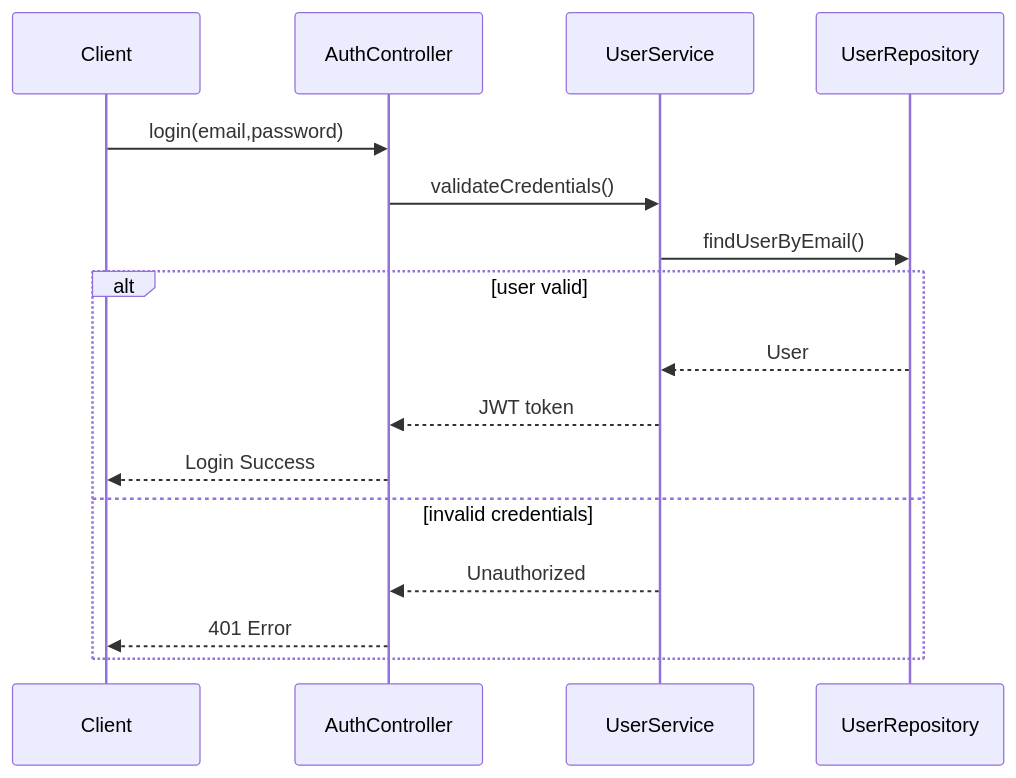
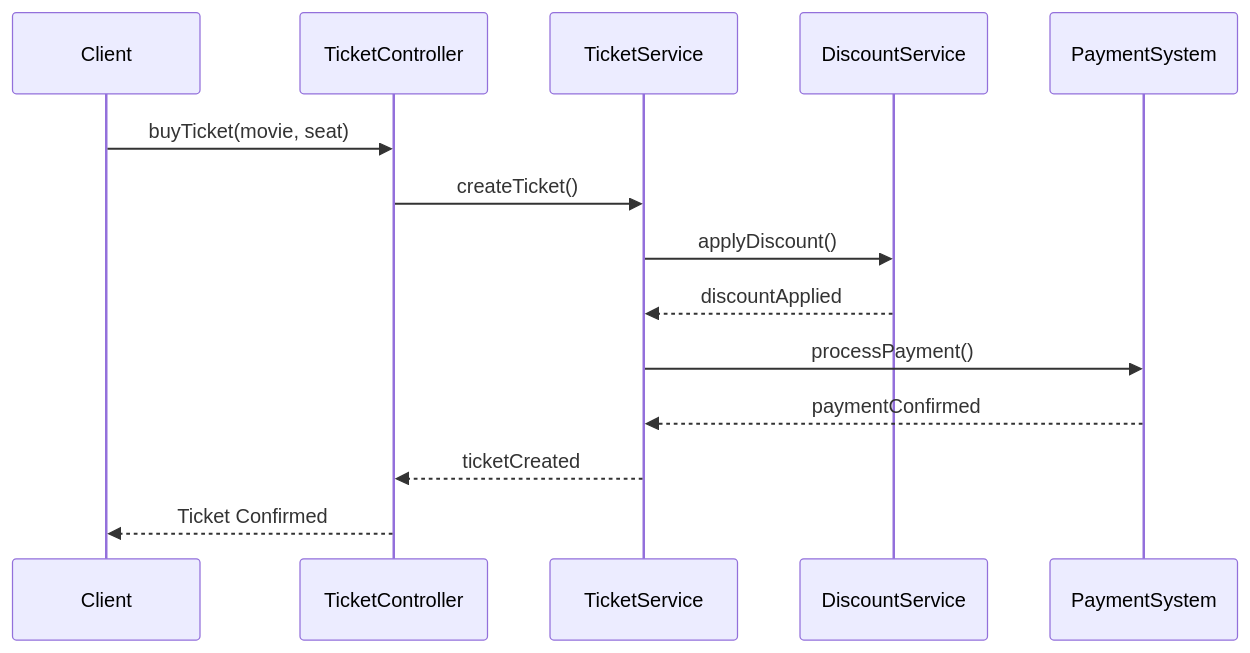
One commit to DanutSavu/lab2 changed the diagram in README.md. Above: the diagram before and after it, drawn with Mermaid. The commit also changed other lines of this file, not shown here.

Commit message:
Update sequence diagram in README.md for ticket purchase

````diff
--- a/README.md
+++ b/README.md
@@ -1,20 +1,20 @@
 ```mermaid
 sequenceDiagram
     participant C as Client
-    participant A as AuthController
-    participant U as UserService
-    participant R as UserRepository
+    participant TC as TicketController
+    participant TS as TicketService
+    participant DS as DiscountService
+    participant PS as PaymentSystem
 
-    C->>A: login(email,password)
-    A->>U: validateCredentials()
-    U->>R: findUserByEmail()
+    C->>TC: buyTicket(movie, seat)
+    TC->>TS: createTicket()
 
-    alt user valid
-        R-->>U: User
-        U-->>A: JWT token
-        A-->>C: Login Success
-    else invalid credentials
-        U-->>A: Unauthorized
-        A-->>C: 401 Error
-    end
+    TS->>DS: applyDiscount()
+    DS-->>TS: discountApplied
+
+    TS->>PS: processPayment()
+    PS-->>TS: paymentConfirmed
+
+    TS-->>TC: ticketCreated
+    TC-->>C: Ticket Confirmed
 ```
````
